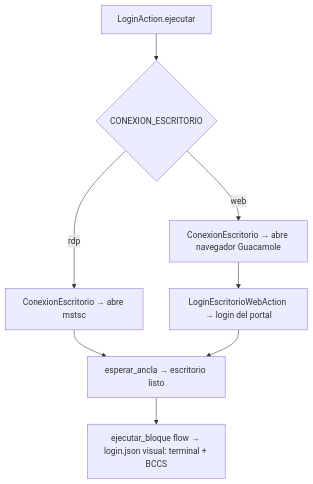
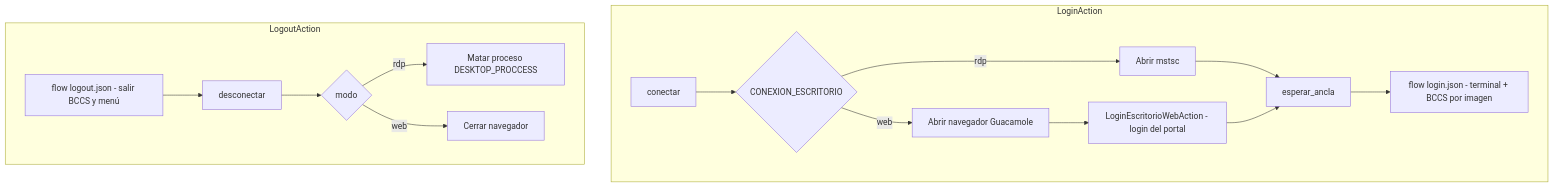
The fourth of 5 diagrams in README.md (JA-Guevara/RPA-Proceso_Automatizado_Migraciones), drawn with Mermaid before and after one commit. The commit also changed other lines of this file and 2 other files, not shown here.

Commit message:
Mejora sincronización de clipboard en Guacamole y cambios de ORM

````diff
--- a/README.md
+++ b/README.md
@@ -59,10 +144,19 @@
 ```mermaid
 flowchart TD
-    A[LoginAction.ejecutar] --> B{CONEXION_ESCRITORIO}
-    B -->|rdp| C[ConexionEscritorio → abre mstsc]
-    B -->|web| D[ConexionEscritorio → abre navegador Guacamole]
-    D --> E[LoginEscritorioWebAction → login del portal]
-    C --> F[esperar_ancla → escritorio listo]
-    E --> F
-    F --> G[ejecutar_bloque flow → login.json visual: terminal + BCCS]
+    subgraph LOGIN[LoginAction]
+      A[conectar] --> B{CONEXION_ESCRITORIO}
+      B -->|rdp| C[Abrir mstsc]
+      B -->|web| D[Abrir navegador Guacamole]
+      D --> E[LoginEscritorioWebAction - login del portal]
+      C --> F[esperar_ancla]
+      E --> F
+      F --> G[flow login.json - terminal + BCCS por imagen]
+    end
+
+    subgraph LOGOUT[LogoutAction]
+      H[flow logout.json - salir BCCS y menú] --> I[desconectar]
+      I --> J{modo}
+      J -->|rdp| K[Matar proceso DESKTOP_PROCCESS]
+      J -->|web| L[Cerrar navegador]
+    end
 ```
````
